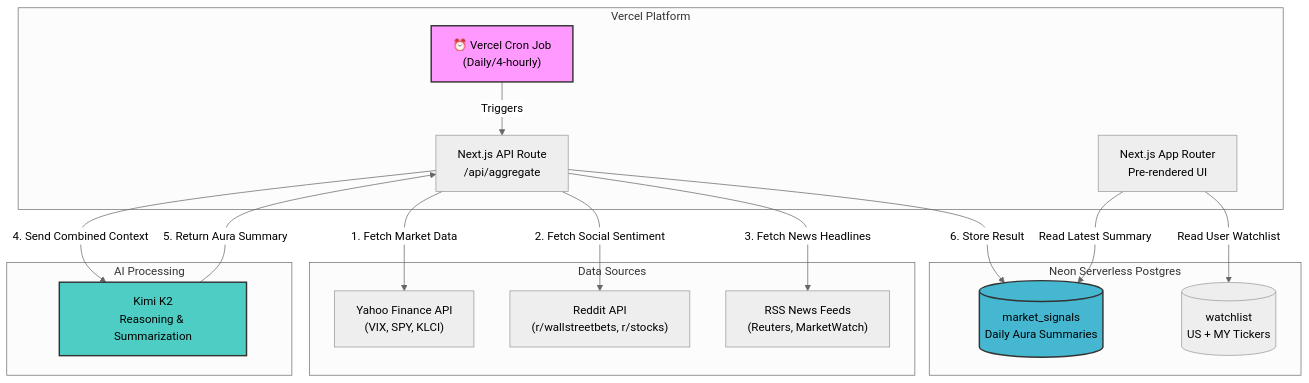
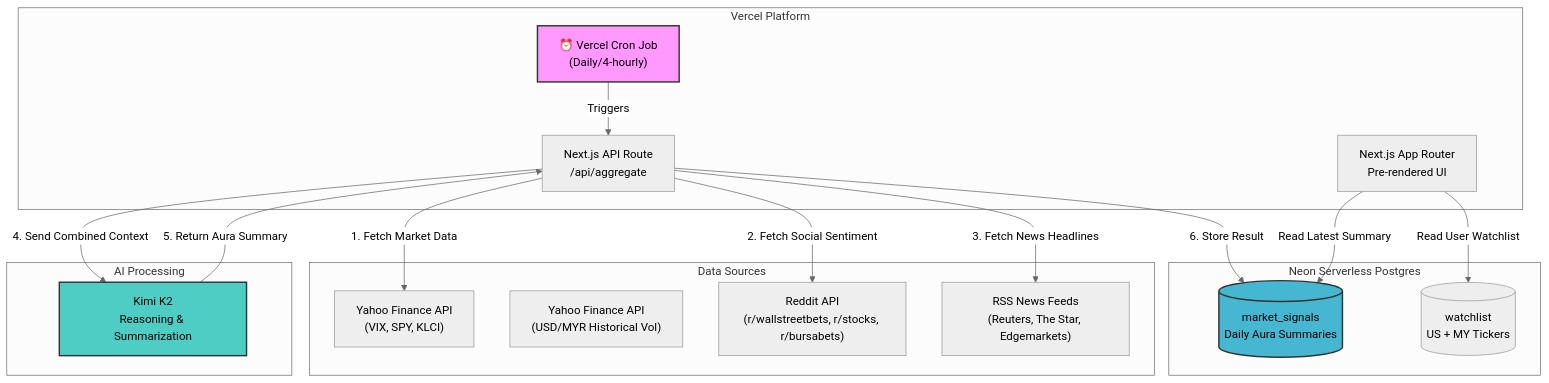
Before and after one commit to hooiml/signal: the diagram in BLUEPRINT.md, drawn with Mermaid (neutral theme). The commit also changed other lines of this file and 10 other files, not shown here.

Commit message:
feat: Introduce a market intelligence terminal with AI-driven sentiment analysis, dynamic weighting, and support for US and MY markets, integrating Yahoo Finance, Reddit, RSS, StockTwits, and Gemini.

````diff
--- a/BLUEPRINT.md
+++ b/BLUEPRINT.md
@@ -11,37 +11,38 @@
 ```mermaid
 flowchart TB
     subgraph Vercel["Vercel Platform"]
         Cron["⏰ Vercel Cron Job<br/>(Daily/4-hourly)"]
         API["Next.js API Route<br/>/api/aggregate"]
         UI["Next.js App Router<br/>Pre-rendered UI"]
     end
 
     subgraph DataSources["Data Sources"]
         VIX["Yahoo Finance API<br/>(VIX, SPY, KLCI)"]
-        Reddit["Reddit API<br/>(r/wallstreetbets, r/stocks)"]
-        RSS["RSS News Feeds<br/>(Reuters, MarketWatch)"]
+        FX["Yahoo Finance API<br/>(USD/MYR Historical Vol)"]
+        Reddit["Reddit API<br/>(r/wallstreetbets, r/stocks, r/bursabets)"]
+        RSS["RSS News Feeds<br/>(Reuters, The Star, Edgemarkets)"]
     end
 
     subgraph AI["AI Processing"]
         Kimi["Kimi K2<br/>Reasoning & Summarization"]
     end
 
     subgraph DB["Neon Serverless Postgres"]
         Signals[("market_signals<br/>Daily Aura Summaries")]
         Watchlist[("watchlist<br/>US + MY Tickers")]
     end
 
     Cron -->|"Triggers"| API
     API -->|"1. Fetch Market Data"| VIX
     API -->|"2. Fetch Social Sentiment"| Reddit
     API -->|"3. Fetch News Headlines"| RSS
     API -->|"4. Send Combined Context"| Kimi
     Kimi -->|"5. Return Aura Summary"| API
     API -->|"6. Store Result"| Signals
     UI -->|"Read Latest Summary"| Signals
     UI -->|"Read User Watchlist"| Watchlist
 
     style Cron fill:#f9f,stroke:#333,stroke-width:2px
     style Kimi fill:#4ecdc4,stroke:#333,stroke-width:2px
     style Signals fill:#45b7d1,stroke:#333,stroke-width:2px
 ```
````
